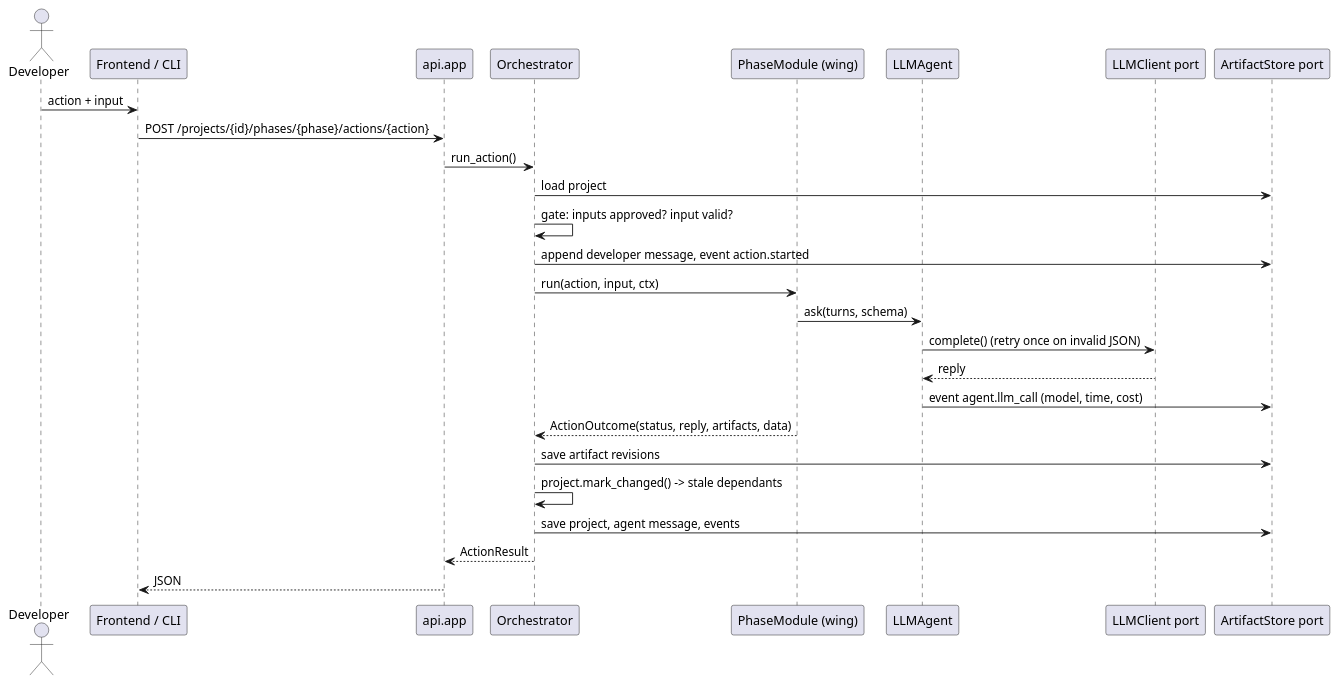
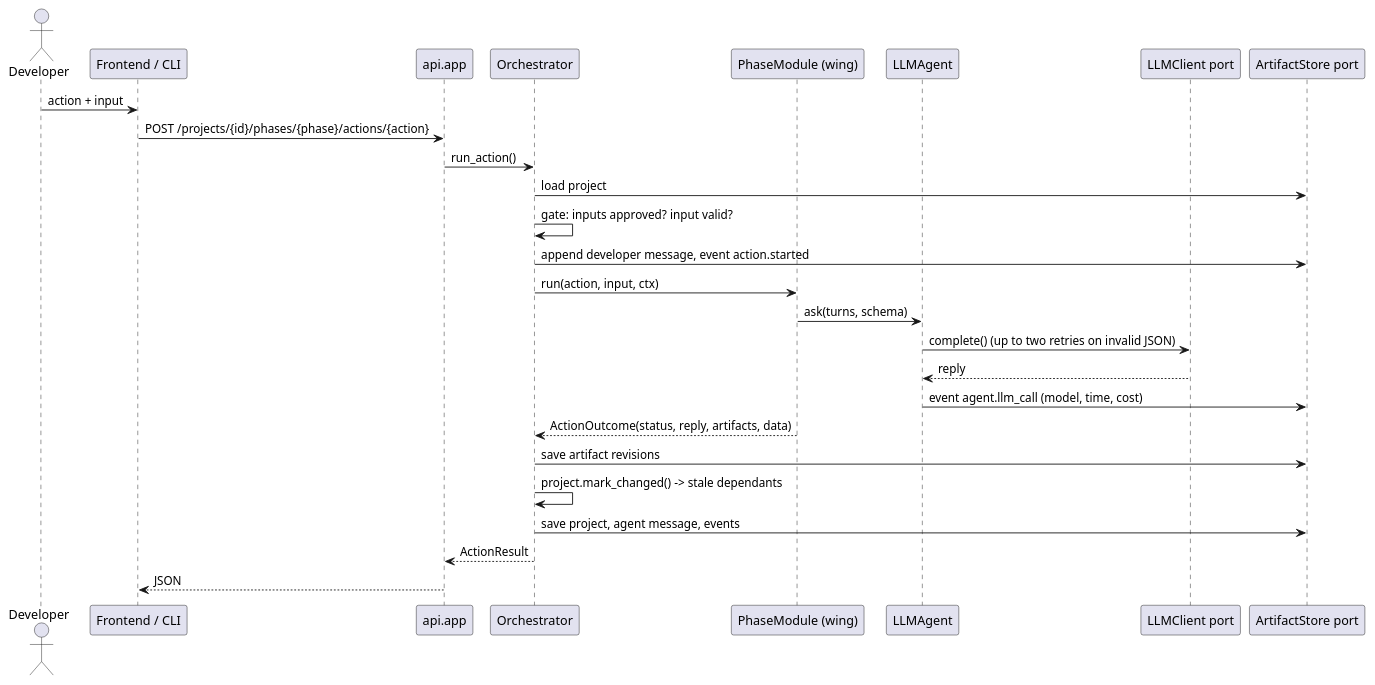
Before and after one commit to paujoko/Coding_with_AI_Assignment: the second of 2 diagrams in docs/code/architecture.md, drawn with PlantUML. The commit also changed other lines of this file and 59 other files, not shown here.

````diff
--- a/docs/code/architecture.md
+++ b/docs/code/architecture.md
@@ -50,29 +50,29 @@
 ```plantuml
 @startuml
 actor Developer
 participant "Frontend / CLI" as UI
 participant "api.app" as API
 participant Orchestrator
 participant "PhaseModule (wing)" as W
 participant LLMAgent
 participant "LLMClient port" as LLM
 participant "ArtifactStore port" as S
 Developer -> UI : action + input
 UI -> API : POST /projects/{id}/phases/{phase}/actions/{action}
 API -> Orchestrator : run_action()
 Orchestrator -> S : load project
 Orchestrator -> Orchestrator : gate: inputs approved? input valid?
 Orchestrator -> S : append developer message, event action.started
 Orchestrator -> W : run(action, input, ctx)
 W -> LLMAgent : ask(turns, schema)
-LLMAgent -> LLM : complete() (retry once on invalid JSON)
+LLMAgent -> LLM : complete() (up to two retries on invalid JSON)
 LLM --> LLMAgent : reply
 LLMAgent -> S : event agent.llm_call (model, time, cost)
 W --> Orchestrator : ActionOutcome(status, reply, artifacts, data)
 Orchestrator -> S : save artifact revisions
 Orchestrator -> Orchestrator : project.mark_changed() -> stale dependants
 Orchestrator -> S : save project, agent message, events
 Orchestrator --> API : ActionResult
 API --> UI : JSON
 @enduml
 ```
````
